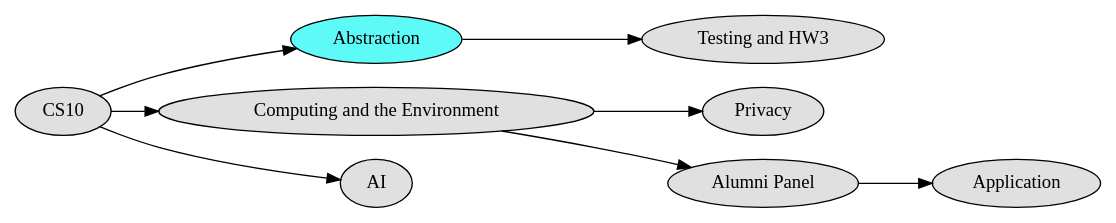
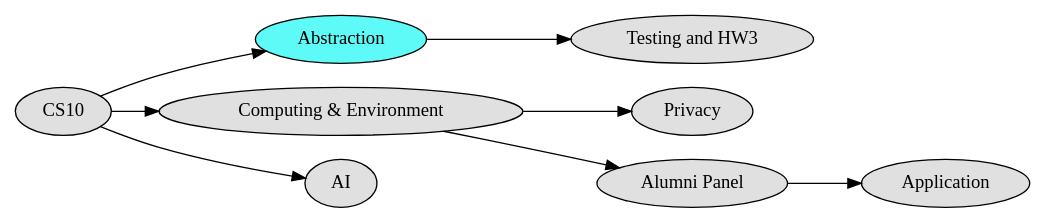
The diagram in data/CS10_DTP_DOT.dot (william-lyh/DreamTeamGUI), drawn with Graphviz before and after one commit. The commit also changed 7 other files, not shown here.

```diff
--- a/data/CS10_DTP_DOT.dot
+++ b/data/CS10_DTP_DOT.dot
@@ -1,18 +1,18 @@
 digraph G {
 	rankdir = LR
 	node0[label = "CS10", shape = ellipse, style = filled, fillcolor = "#e0e0e0"];
 	node1[label = "Abstraction", shape = ellipse, style = filled, fillcolor = "#5efaf7"];
 	node2[label = "Testing and HW3", shape = ellipse, style = filled, fillcolor = "#e0e0e0"];
-	node3[label = "Computing and the Environment", shape = ellipse, style = filled, fillcolor = "#e0e0e0"];
+	node3[label = "Computing & Environment", shape = ellipse, style = filled, fillcolor = "#e0e0e0"];
 	node4[label = "Privacy", shape = ellipse, style = filled, fillcolor = "#e0e0e0"];
 	node5[label = "AI", shape = ellipse, style = filled, fillcolor = "#e0e0e0"];
 	node6[label = "Alumni Panel", shape = ellipse, style = filled, fillcolor = "#e0e0e0"];
 	node7[label = "Application", shape = ellipse, style = filled, fillcolor = "#e0e0e0"];
 	node1 -> node2;
 	node3 -> node4;
 	node3 -> node6;
 	node6 -> node7;
 	node0 -> node1;
 	node0 -> node3;
 	node0 -> node5;
 }
```
